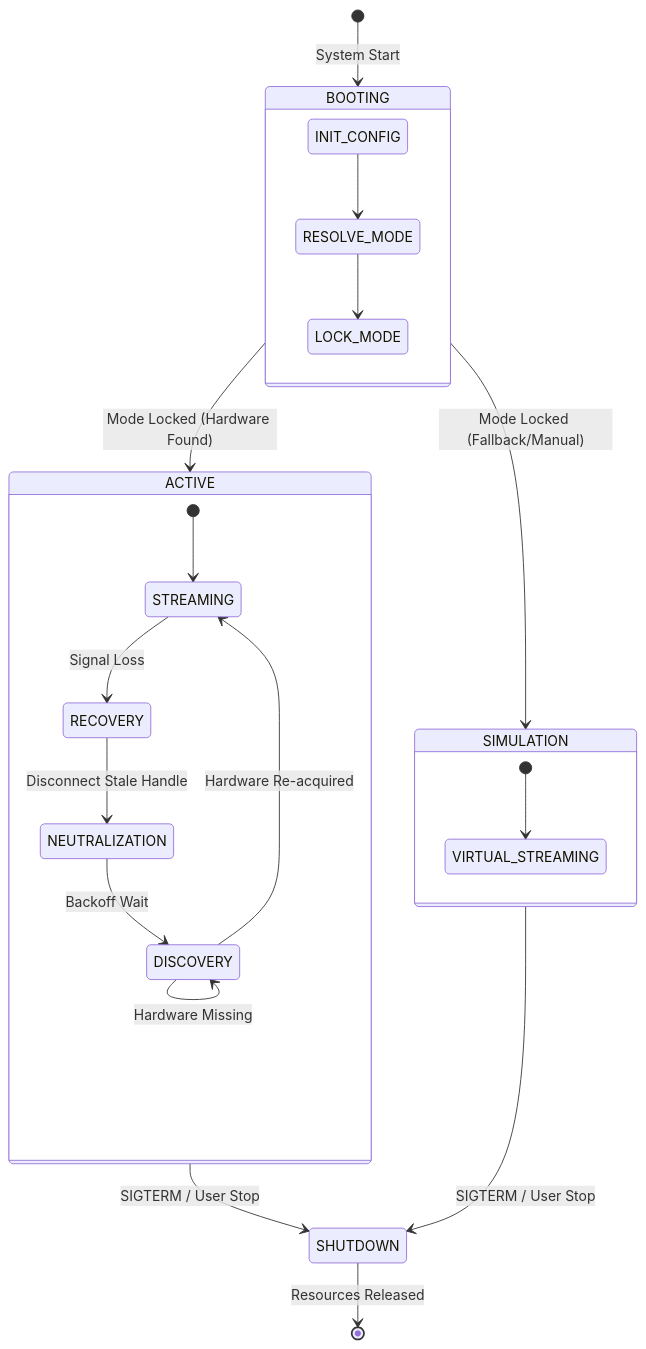
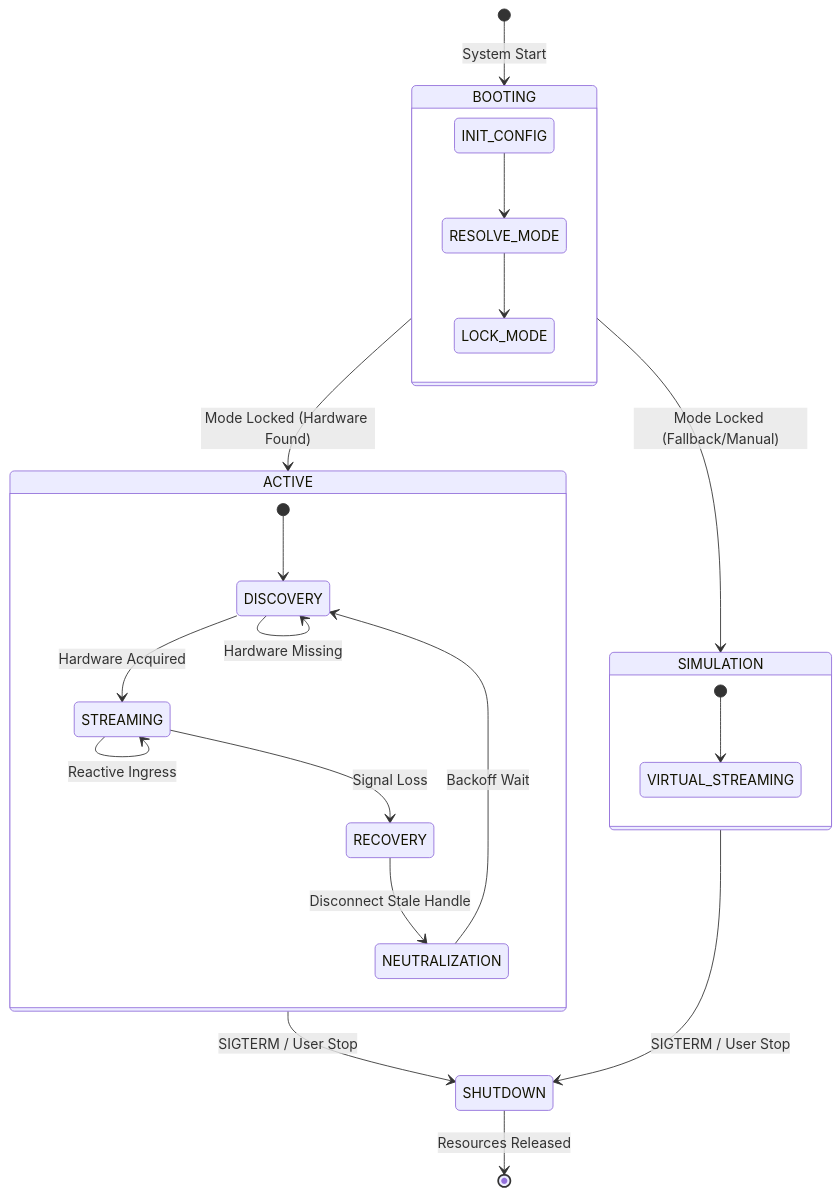
The third of 4 diagrams in docs/architecture/ARCHITECTURE.md (N8QQQ/qtr-qth), drawn with Mermaid before and after one commit. The commit also changed other lines of this file and 48 other files, not shown here.

````diff
--- a/docs/architecture/ARCHITECTURE.md
+++ b/docs/architecture/ARCHITECTURE.md
@@ -116,30 +115,32 @@
 ```mermaid
 stateDiagram-v2
     [*] --> BOOTING : System Start
     
     state BOOTING {
         direction TB
         INIT_CONFIG --> RESOLVE_MODE
         RESOLVE_MODE --> LOCK_MODE
     }
     
     BOOTING --> ACTIVE : Mode Locked (Hardware Found)
     BOOTING --> SIMULATION : Mode Locked (Fallback/Manual)
     
     state ACTIVE {
-        [*] --> STREAMING
+        [*] --> DISCOVERY
+        DISCOVERY --> STREAMING : Hardware Acquired
+        STREAMING --> STREAMING : Reactive Ingress
+        
         STREAMING --> RECOVERY : Signal Loss
         RECOVERY --> NEUTRALIZATION : Disconnect Stale Handle
         NEUTRALIZATION --> DISCOVERY : Backoff Wait
-        DISCOVERY --> STREAMING : Hardware Re-acquired
         DISCOVERY --> DISCOVERY : Hardware Missing
     }
 
     state SIMULATION {
         [*] --> VIRTUAL_STREAMING
     }
     
     ACTIVE --> SHUTDOWN : SIGTERM / User Stop
     SIMULATION --> SHUTDOWN : SIGTERM / User Stop
     SHUTDOWN --> [*] : Resources Released
 ```
````
